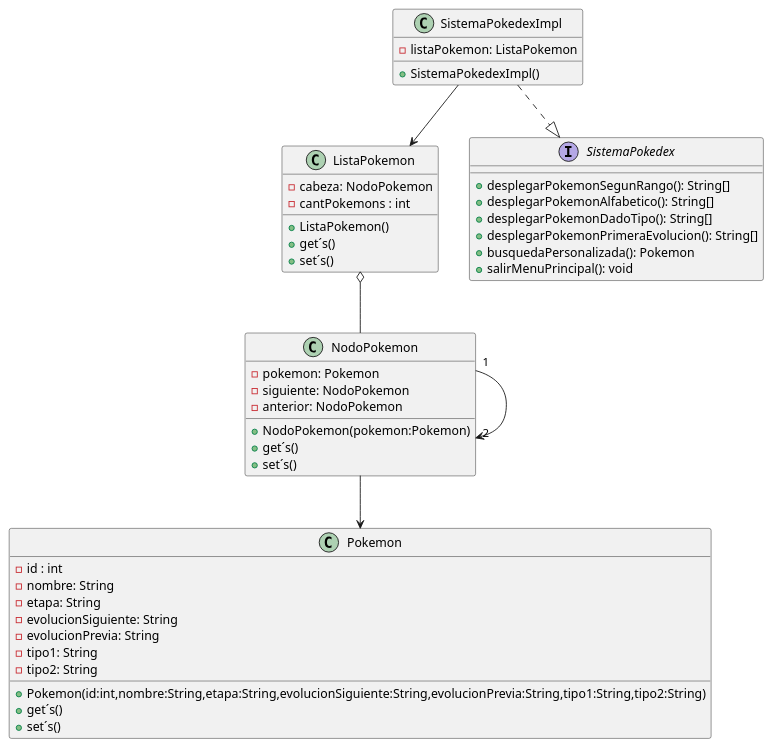
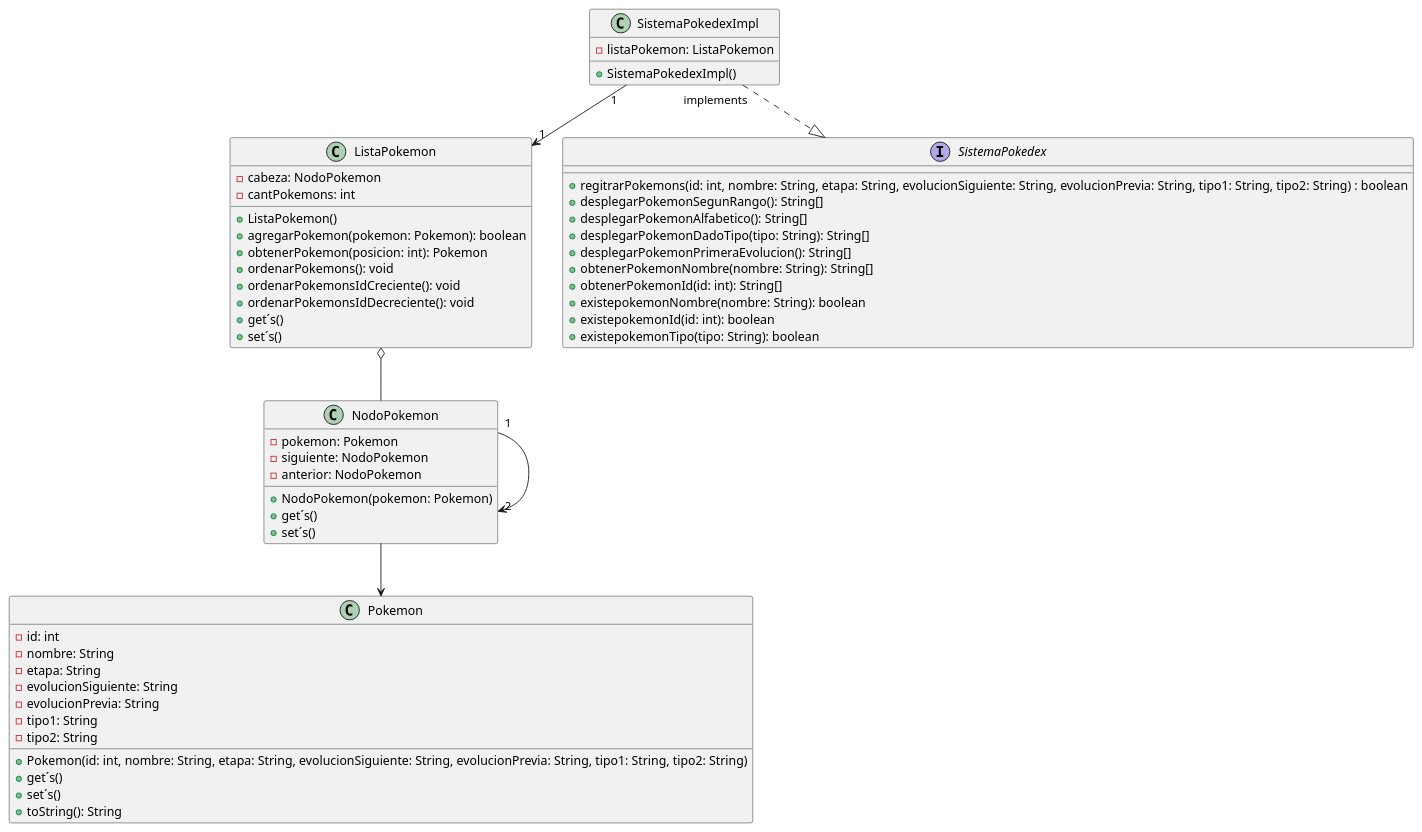
Before and after one commit to MauricioAchc/Taller4: the diagram in Taller4/src/DiagramaDeClase.puml, drawn with PlantUML. The commit also changed 7 other files, not shown here.

```diff
--- a/Taller4/src/DiagramaDeClase.puml
+++ b/Taller4/src/DiagramaDeClase.puml
@@ -1,53 +1,64 @@
 @startuml
 'https://plantuml.com/sequence-diagram
 class Pokemon{
--id : int
+-id: int
 -nombre: String
 -etapa: String
 -evolucionSiguiente: String
 -evolucionPrevia: String
 -tipo1: String
 -tipo2: String
-+Pokemon(id:int,nombre:String,etapa:String,evolucionSiguiente:String,evolucionPrevia:String,tipo1:String,tipo2:String)
++Pokemon(id: int, nombre: String, etapa: String, evolucionSiguiente: String, evolucionPrevia: String, tipo1: String, tipo2: String)
 +get´s()
 +set´s()
++toString(): String
+}
 
-}
 class NodoPokemon{
 -pokemon: Pokemon
 -siguiente: NodoPokemon
 -anterior: NodoPokemon
-+NodoPokemon(pokemon:Pokemon)
++NodoPokemon(pokemon: Pokemon)
 +get´s()
 +set´s()
 }
 
 class ListaPokemon{
 -cabeza: NodoPokemon
--cantPokemons : int
+-cantPokemons: int
 +ListaPokemon()
++agregarPokemon(pokemon: Pokemon): boolean
++obtenerPokemon(posicion: int): Pokemon
++ordenarPokemons(): void
++ordenarPokemonsIdCreciente(): void
++ordenarPokemonsIdDecreciente(): void
 +get´s()
 +set´s()
 }
 
 interface SistemaPokedex{
++regitrarPokemons(id: int, nombre: String, etapa: String, evolucionSiguiente: String, evolucionPrevia: String, tipo1: String, tipo2: String) : boolean
 +desplegarPokemonSegunRango(): String[]
 +desplegarPokemonAlfabetico(): String[]
-+desplegarPokemonDadoTipo(): String[]
++desplegarPokemonDadoTipo(tipo: String): String[]
 +desplegarPokemonPrimeraEvolucion(): String[]
-+busquedaPersonalizada(): Pokemon
-+salirMenuPrincipal(): void
++obtenerPokemonNombre(nombre: String): String[]
++obtenerPokemonId(id: int): String[]
++existepokemonNombre(nombre: String): boolean
++existepokemonId(id: int): boolean
++existepokemonTipo(tipo: String): boolean
 }
+
 class SistemaPokedexImpl{
 -listaPokemon: ListaPokemon
 +SistemaPokedexImpl()
 }
 
 NodoPokemon "1" --> "2" NodoPokemon
 ListaPokemon o-- NodoPokemon
-SistemaPokedexImpl ..|> SistemaPokedex
-SistemaPokedexImpl --> ListaPokemon
+SistemaPokedexImpl "implements" ..|> SistemaPokedex
+SistemaPokedexImpl "1" --> "1" ListaPokemon
 NodoPokemon --> Pokemon
 
 
 @enduml
```
